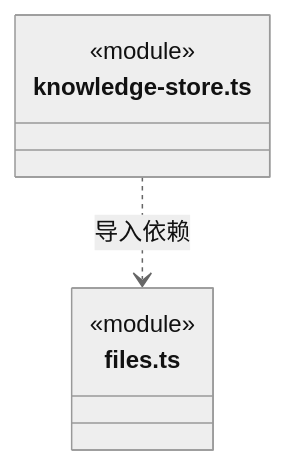
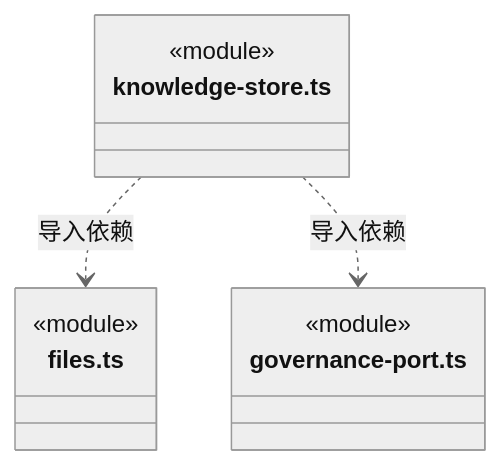
Before and after one commit to nan023062/cbim: the sixth of 6 diagrams in src/backend/main/persistence/knowledge/ARCHITECTURE.md, drawn with Mermaid (neutral theme). The commit also changed other lines of this file and 50 other files, not shown here.

````diff
--- a/src/backend/main/persistence/knowledge/ARCHITECTURE.md
+++ b/src/backend/main/persistence/knowledge/ARCHITECTURE.md
@@ -141,10 +191,14 @@
 ```mermaid
 classDiagram
 class N_src_backend_main_persistence_knowledge_knowledge_store_ts["knowledge-store.ts"] {
   <<module>>
 }
 class N_src_backend_main_persistence_knowledge_files_ts["files.ts"] {
   <<module>>
 }
+class N_src_backend_main_persistence_knowledge_governance_port_ts["governance-port.ts"] {
+  <<module>>
+}
 N_src_backend_main_persistence_knowledge_knowledge_store_ts ..> N_src_backend_main_persistence_knowledge_files_ts : 导入依赖
+N_src_backend_main_persistence_knowledge_knowledge_store_ts ..> N_src_backend_main_persistence_knowledge_governance_port_ts : 导入依赖
 ```
````
